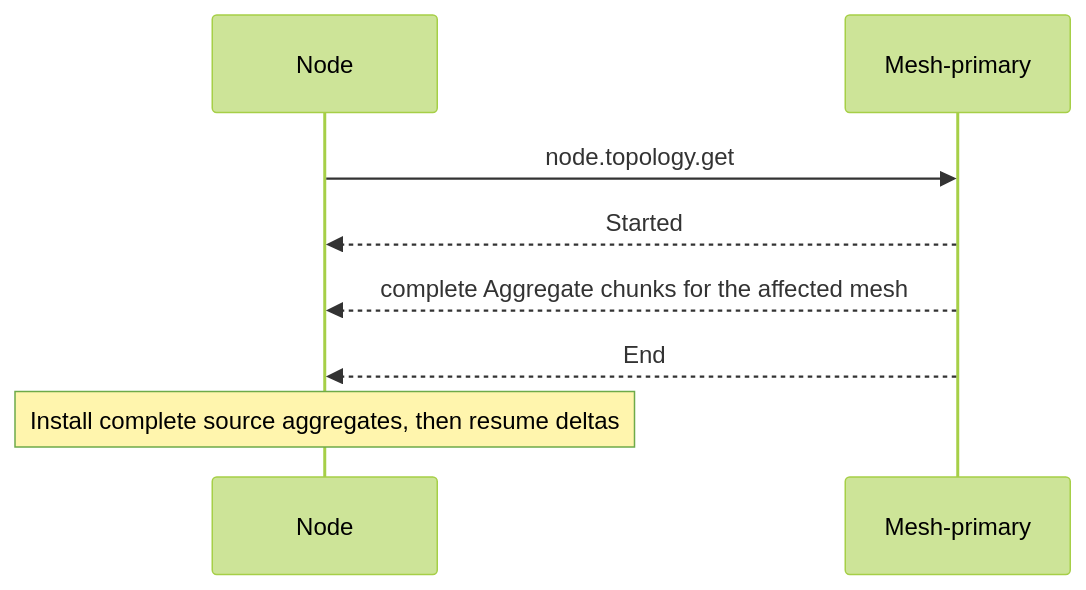
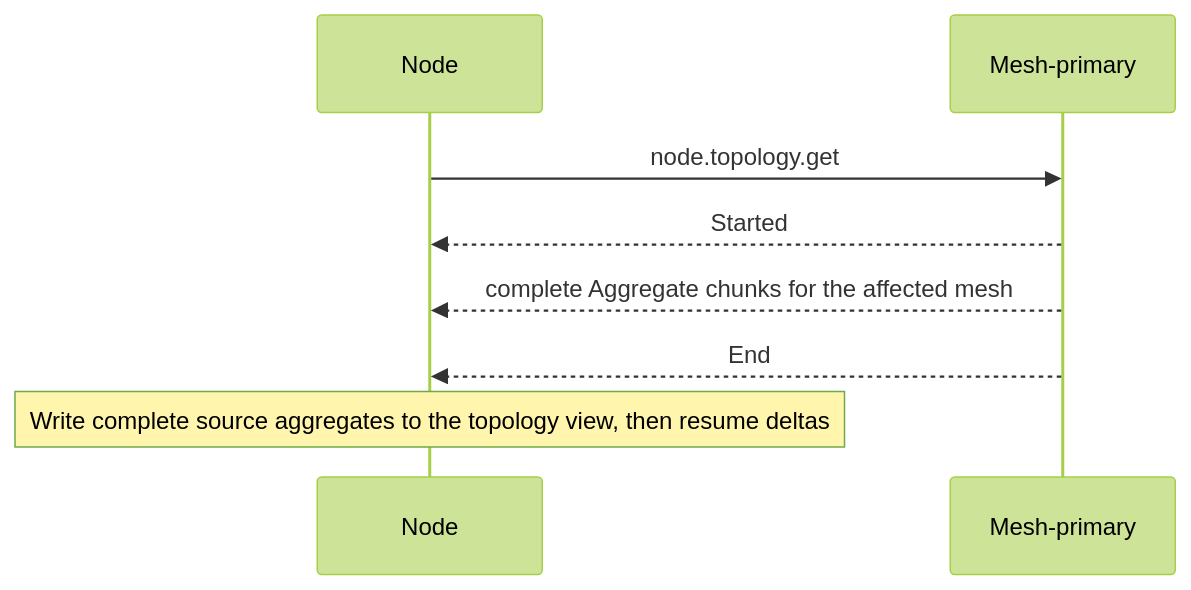
One commit to drlukeangel/rust-distributed-mesh changed the first of 2 diagrams in docs/architecture/lifecycles/node-topology-get.md. Above: the diagram before and after it, drawn with Mermaid (forest theme). The commit also changed other lines of this file and 9 other files, not shown here.

````diff
--- a/docs/architecture/lifecycles/node-topology-get.md
+++ b/docs/architecture/lifecycles/node-topology-get.md
@@ -56,10 +56,10 @@
 ```mermaid
 sequenceDiagram
     participant N as Node
     participant M as Mesh-primary
     N->>M: node.topology.get
     M-->>N: Started
     M-->>N: complete Aggregate chunks for the affected mesh
     M-->>N: End
-    Note over N: Install complete source aggregates, then resume deltas
+    Note over N: Write complete source aggregates to the topology view, then resume deltas
 ```
````
